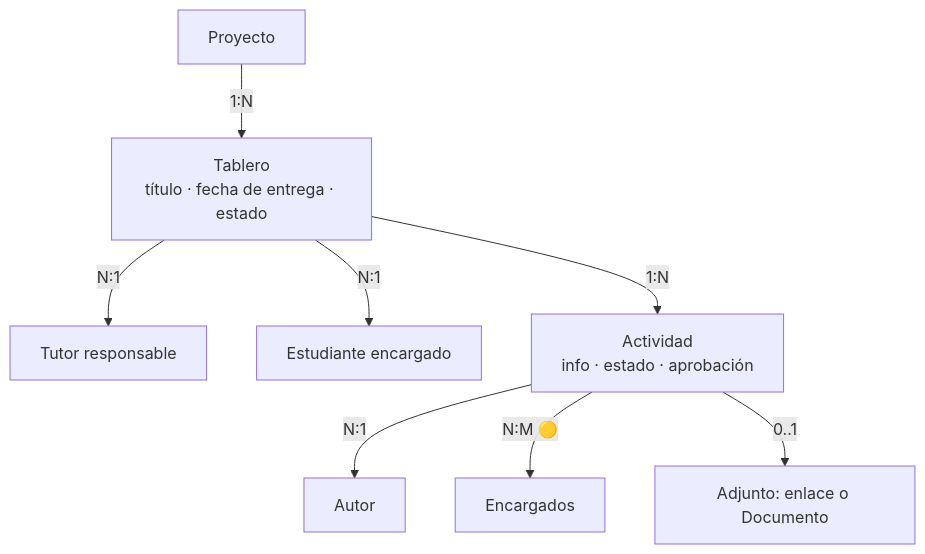
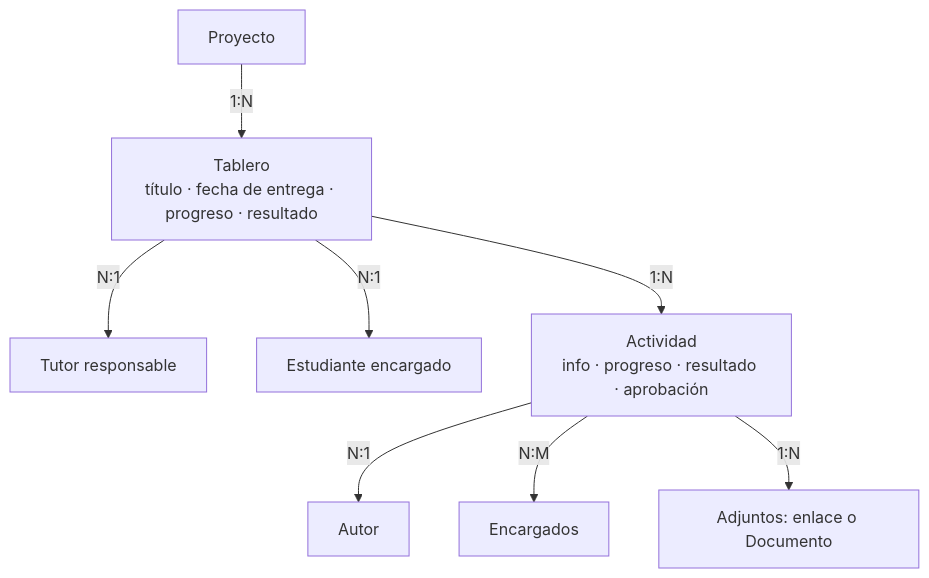
Before and after one commit to Jcortesc03/Gestor-semilleros: the third of 3 diagrams in docs/domain/entities.md, drawn with Mermaid. The commit also changed other lines of this file and 24 other files, not shown here.

````diff
--- a/docs/domain/entities.md
+++ b/docs/domain/entities.md
@@ -284,10 +294,10 @@
 ```mermaid
 flowchart TB
-    P["Proyecto"] -->|1:N| T["Tablero<br/>título · fecha de entrega · estado"]
+    P["Proyecto"] -->|1:N| T["Tablero<br/>título · fecha de entrega · progreso · resultado"]
     T -->|N:1| TR["Tutor responsable"]
     T -->|N:1| EE["Estudiante encargado"]
-    T -->|1:N| A["Actividad<br/>info · estado · aprobación"]
+    T -->|1:N| A["Actividad<br/>info · progreso · resultado · aprobación"]
     A -->|N:1| AU["Autor"]
-    A -->|N:M 🟡| EN["Encargados"]
-    A -->|0..1| AD["Adjunto: enlace o Documento"]
+    A -->|N:M| EN["Encargados"]
+    A -->|1:N| AD["Adjuntos: enlace o Documento"]
 ```
````
